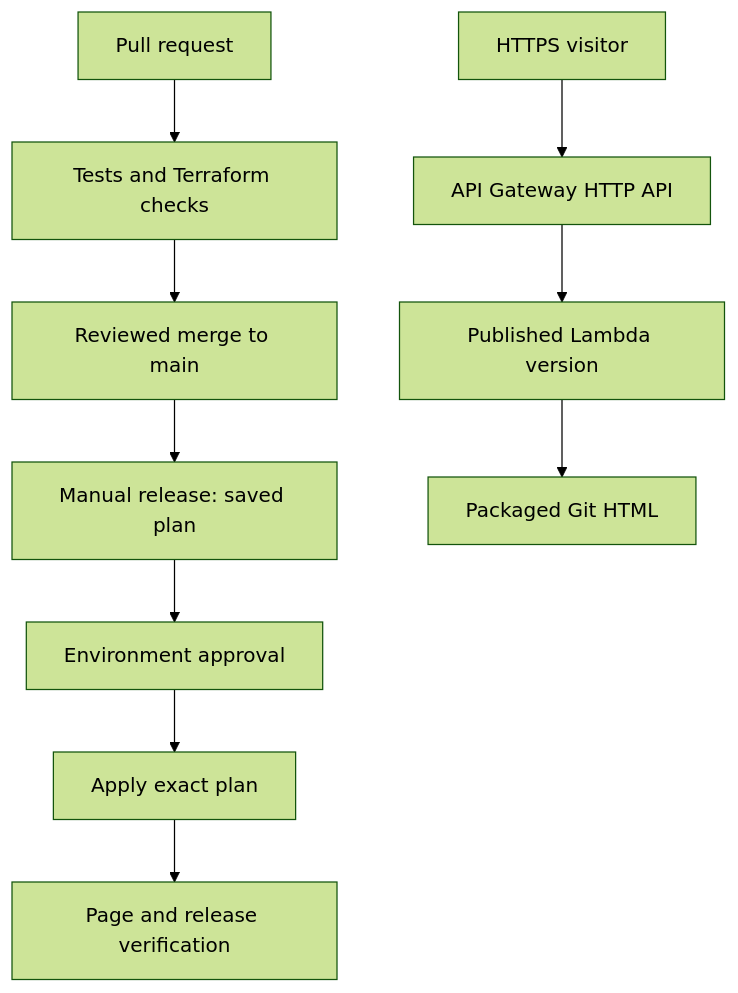
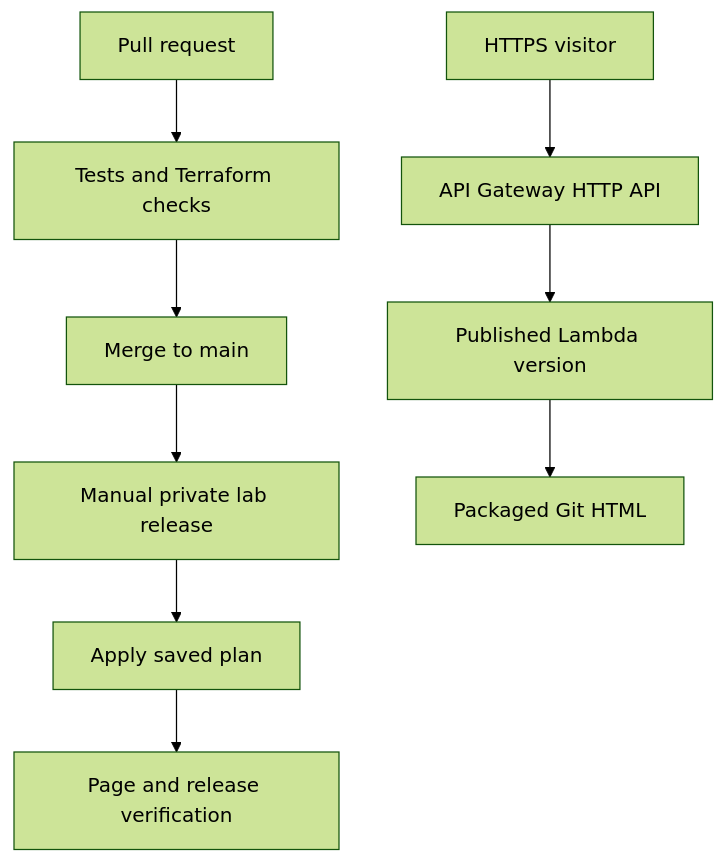
Before and after one commit to reranda/aws-serverless-page-cicd: the diagram in README.md, drawn with Mermaid (forest theme). The commit also changed other lines of this file and 1 other file, not shown here.

First line of the commit message:
Record verified first live serverless release

````diff
--- a/README.md
+++ b/README.md
@@ -13,12 +15,11 @@
 ```mermaid
 flowchart TD
   PR["Pull request"] --> CI["Tests and Terraform checks"]
-  CI --> MAIN["Reviewed merge to main"]
-  MAIN --> PLAN["Manual release: saved plan"]
-  PLAN --> APPROVE["Environment approval"]
-  APPROVE --> APPLY["Apply exact plan"]
+  CI --> MAIN["Merge to main"]
+  MAIN --> PLAN["Manual private lab release"]
+  PLAN --> APPLY["Apply saved plan"]
   APPLY --> VERIFY["Page and release verification"]
   VISITOR["HTTPS visitor"] --> API["API Gateway HTTP API"]
   API --> LAMBDA["Published Lambda version"]
   LAMBDA --> HTML["Packaged Git HTML"]
 ```
````
